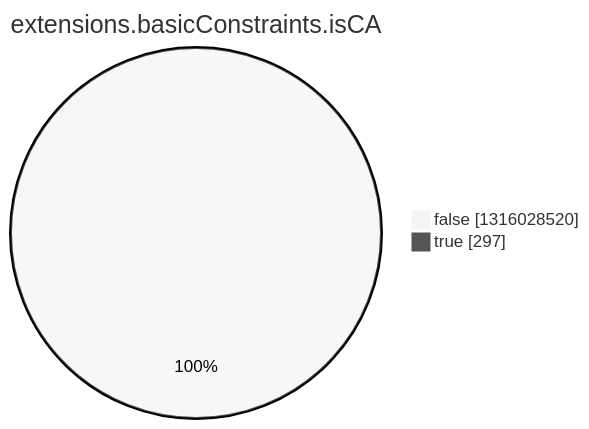
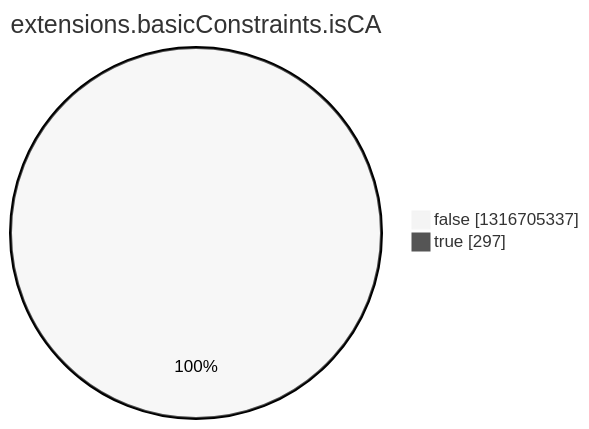
Before and after one commit to christiankrug/ctmonitor_visualization: the eighth of 15 diagrams in argon2022/README.md, drawn with Mermaid (neutral theme). The commit also changed other lines of this file, not shown here.

````diff
--- a/argon2022/README.md
+++ b/argon2022/README.md
@@ -2758,6 +2758,6 @@
 ```mermaid
 pie showData
 title extensions.basicConstraints.isCA
-"false" :1316028520
+"false" :1316705337
 "true" :297
 ```
````
